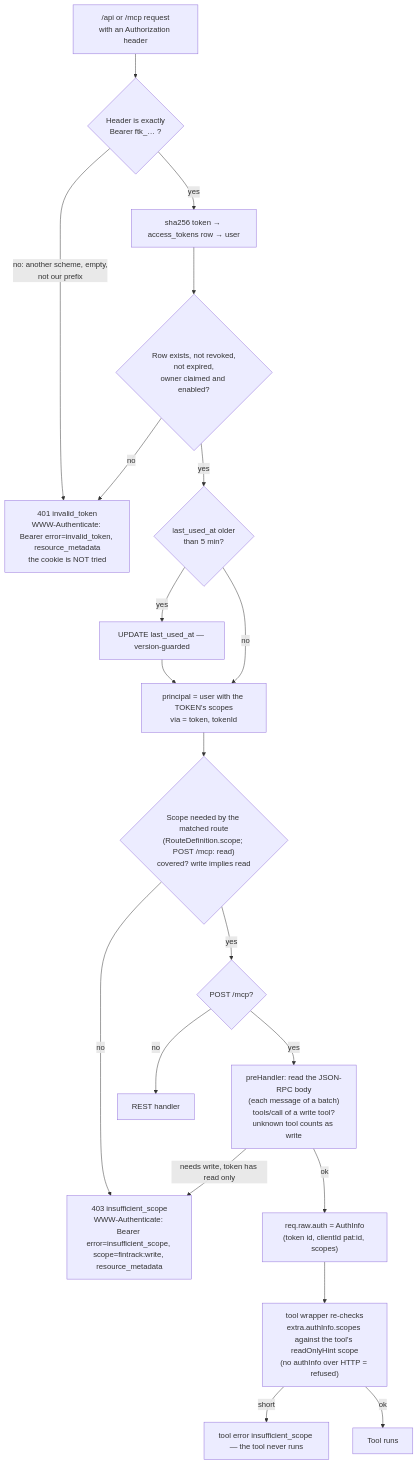
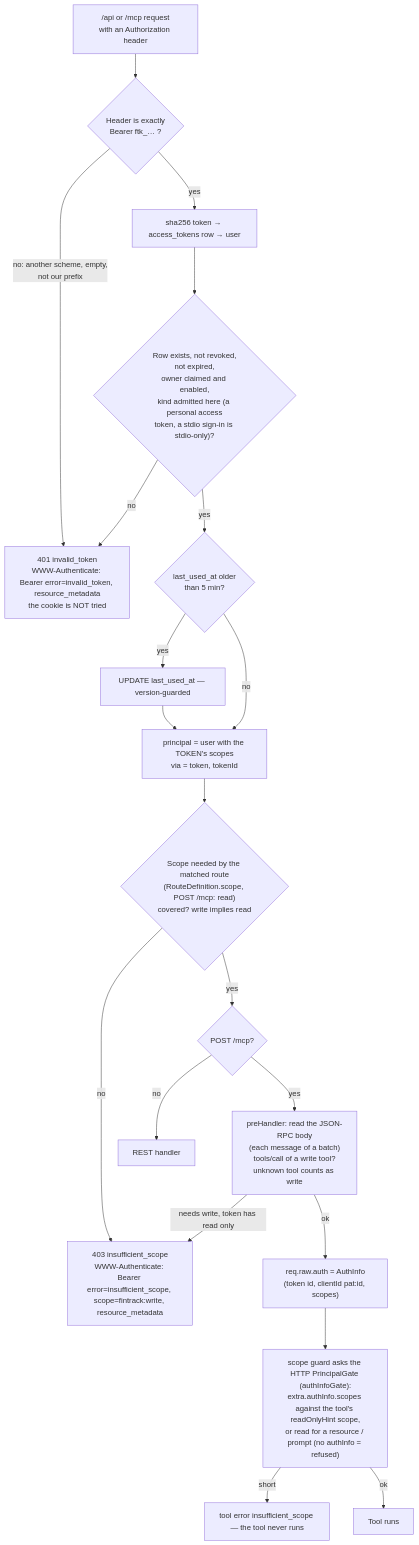
The seventh of 14 diagrams in docs/auth-flows.md (RafaelFCarneiro/patty), drawn with Mermaid before and after one commit. The commit also changed other lines of this file and 102 other files, not shown here.

First line of the commit message:
feat(auth): stdio browser sign-in, login/logout, version guard (ADR-034 step 2) (#218)

````diff
--- a/docs/auth-flows.md
+++ b/docs/auth-flows.md
@@ -241,21 +255,21 @@
 ```mermaid
 flowchart TD
     A["/api or /mcp request<br/>with an Authorization header"] --> B{"Header is exactly<br/>Bearer ftk_… ?"}
     B -- "no: another scheme, empty,<br/>not our prefix" --> X1["401 invalid_token<br/>WWW-Authenticate: Bearer error=invalid_token, resource_metadata<br/>the cookie is NOT tried"]
     B -- yes --> C[sha256 token → access_tokens row → user]
-    C --> D{"Row exists, not revoked,<br/>not expired,<br/>owner claimed and enabled?"}
+    C --> D{"Row exists, not revoked,<br/>not expired,<br/>owner claimed and enabled,<br/>kind admitted here (a personal access<br/>token, a stdio sign-in is stdio-only)?"}
     D -- no --> X1
     D -- yes --> E{"last_used_at older<br/>than 5 min?"}
     E -- yes --> F[UPDATE last_used_at — version-guarded] --> G
     E -- no --> G["principal = user with the TOKEN's scopes<br/>via = token, tokenId"]
-    G --> H{"Scope needed by the matched route<br/>(RouteDefinition.scope; POST /mcp: read)<br/>covered? write implies read"}
+    G --> H{"Scope needed by the matched route<br/>(RouteDefinition.scope, POST /mcp: read)<br/>covered? write implies read"}
     H -- no --> X2["403 insufficient_scope<br/>WWW-Authenticate: Bearer error=insufficient_scope, scope=fintrack:write, resource_metadata"]
     H -- yes --> I{"POST /mcp?"}
     I -- no --> Z[REST handler]
     I -- yes --> J["preHandler: read the JSON-RPC body<br/>(each message of a batch)<br/>tools/call of a write tool?<br/>unknown tool counts as write"]
     J -- "needs write, token has read only" --> X2
     J -- ok --> K["req.raw.auth = AuthInfo<br/>(token id, clientId pat:id, scopes)"]
-    K --> L["tool wrapper re-checks<br/>extra.authInfo.scopes against the tool's readOnlyHint scope<br/>(no authInfo over HTTP = refused)"]
+    K --> L["scope guard asks the HTTP PrincipalGate (authInfoGate):<br/>extra.authInfo.scopes against the tool's readOnlyHint scope,<br/>or read for a resource / prompt (no authInfo = refused)"]
     L -- short --> X3["tool error insufficient_scope — the tool never runs"]
     L -- ok --> M[Tool runs]
 ```
````
